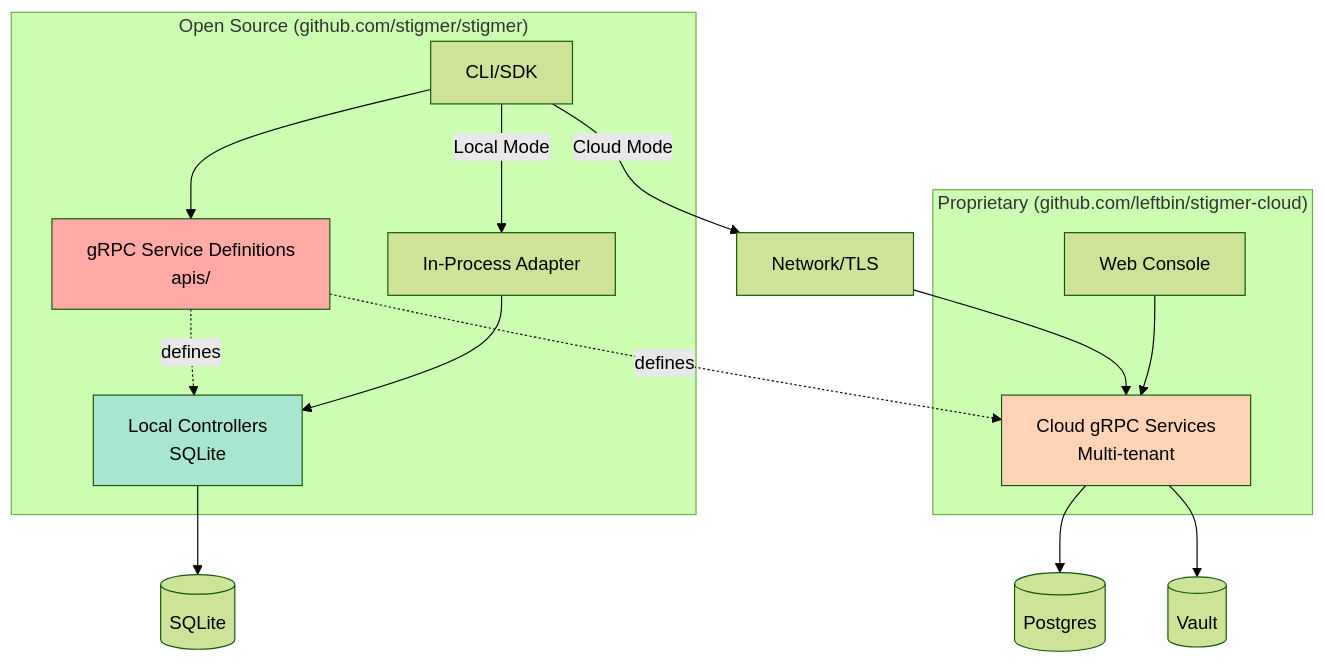
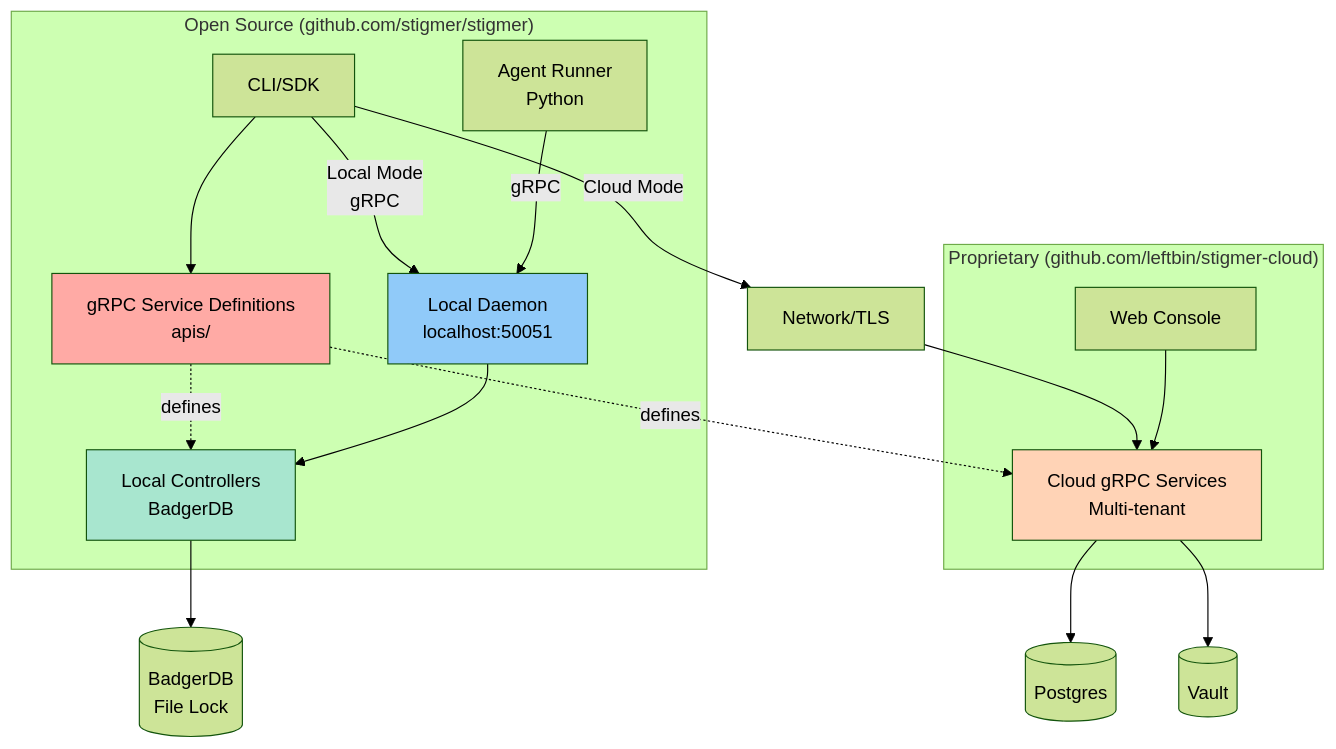
Before and after one commit to stigmer/stigmer: the diagram in docs/architecture/open-core-model.md, drawn with Mermaid (forest theme). The commit also changed other lines of this file and 11 other files, not shown here.

First line of the commit message:
refactor(backend): migrate from SQLite to BadgerDB with daemon architecture

````diff
--- a/docs/architecture/open-core-model.md
+++ b/docs/architecture/open-core-model.md
@@ -55,33 +55,36 @@
 ```mermaid
 flowchart TB
     subgraph "Open Source (github.com/stigmer/stigmer)"
         CLI[CLI/SDK]
         Proto[gRPC Service Definitions<br/>apis/]
-        Local[Local Controllers<br/>SQLite]
-        Adapter[In-Process Adapter]
+        Daemon[Local Daemon<br/>localhost:50051]
+        Local[Local Controllers<br/>BadgerDB]
+        AgentRunner[Agent Runner<br/>Python]
     end
     
     subgraph "Proprietary (github.com/leftbin/stigmer-cloud)"
         Cloud[Cloud gRPC Services<br/>Multi-tenant]
         Console[Web Console]
     end
     
     CLI --> Proto
     Proto -.defines.-> Local
     Proto -.defines.-> Cloud
     
-    CLI -->|Local Mode| Adapter
-    Adapter --> Local
-    Local --> SQLite[(SQLite)]
+    CLI -->|Local Mode<br/>gRPC| Daemon
+    AgentRunner -->|gRPC| Daemon
+    Daemon --> Local
+    Local --> BadgerDB[(BadgerDB<br/>File Lock)]
     
     CLI -->|Cloud Mode| Network[Network/TLS]
     Network --> Cloud
     Cloud --> Postgres[(Postgres)]
     Cloud --> Vault[(Vault)]
     
     Console --> Cloud
     
     style Proto fill:#ffaaa5
     style Local fill:#a8e6cf
     style Cloud fill:#ffd3b6
+    style Daemon fill:#90caf9
 ```
````
